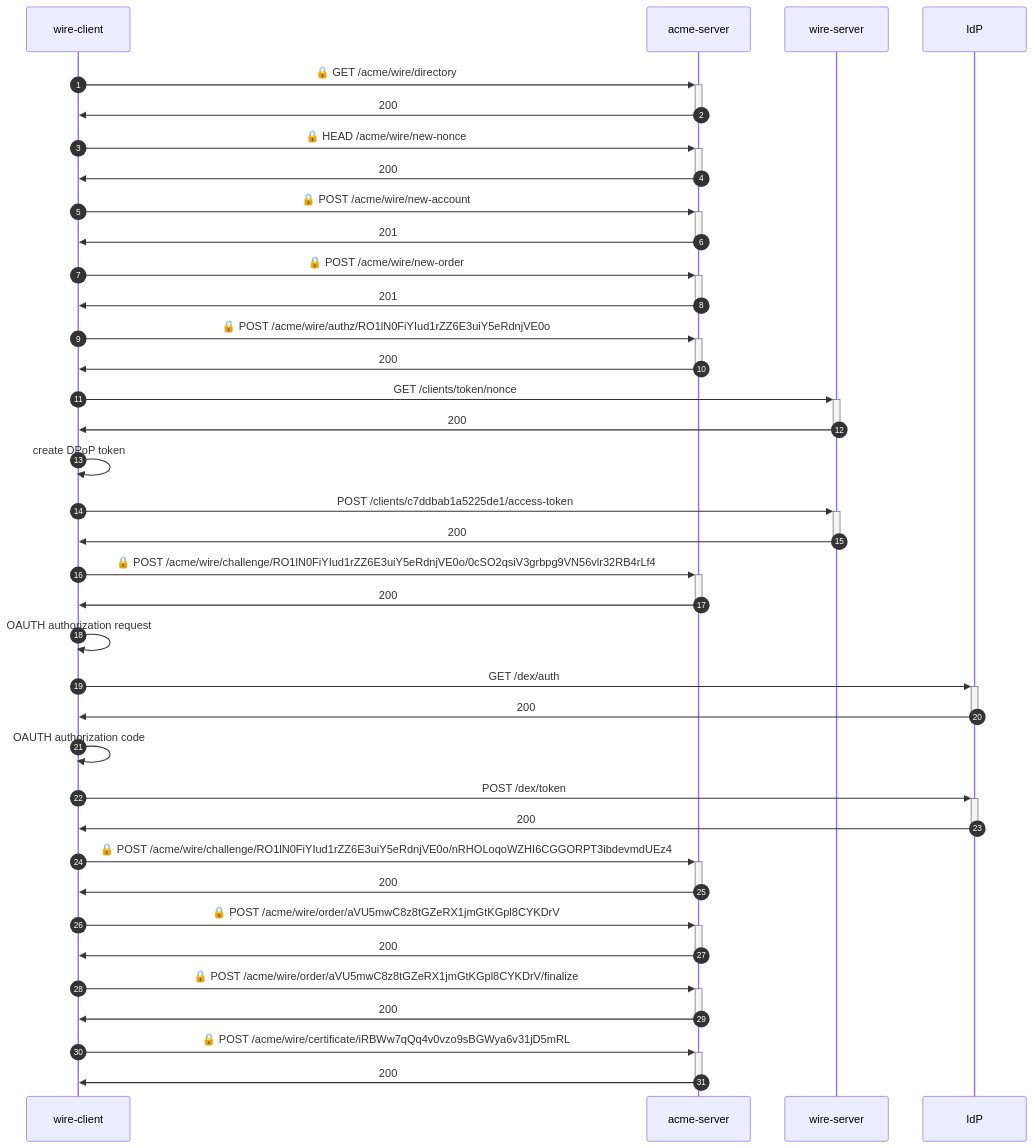
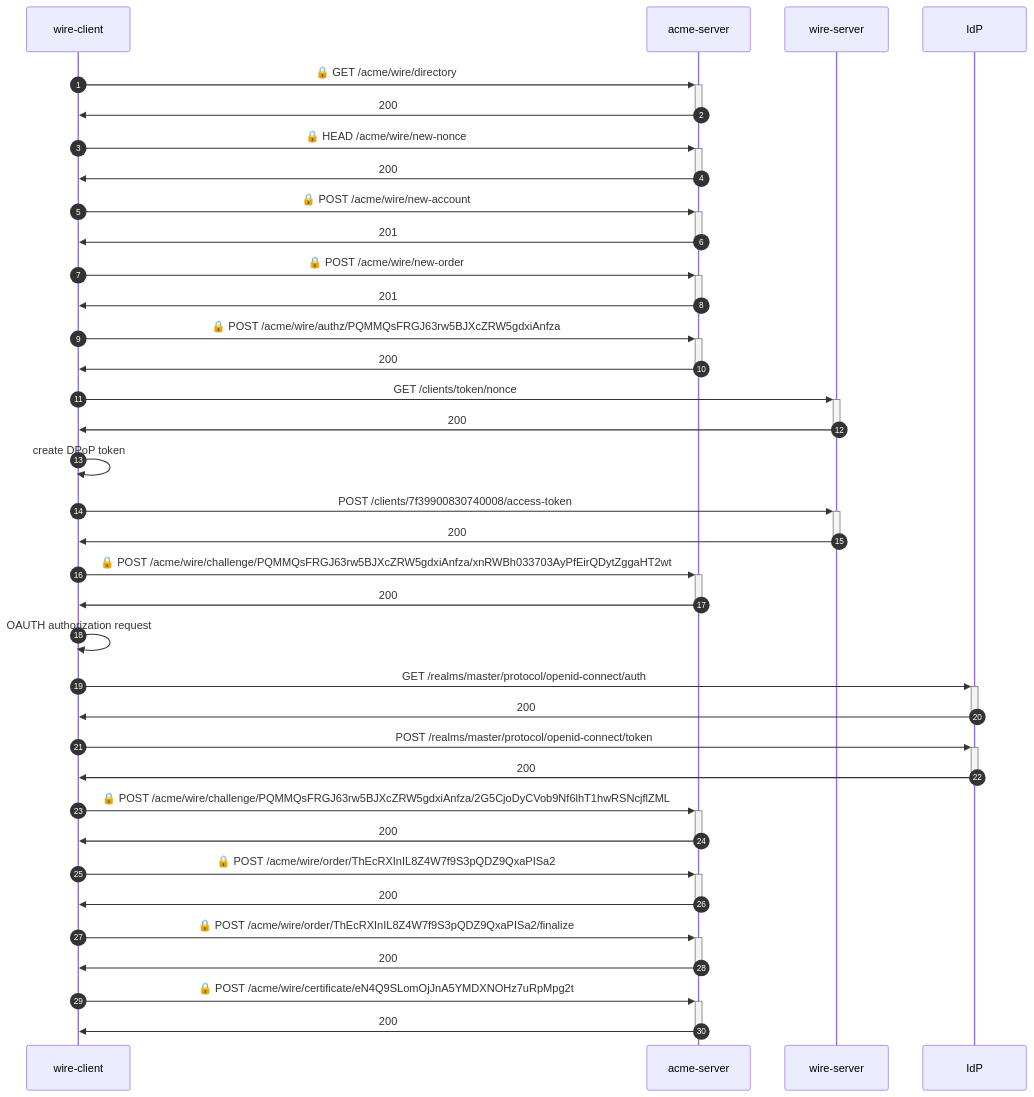
The diagram in e2e-identity/README.md (wireapp/rusty-jwt-tools), drawn with Mermaid before and after one commit. The commit also changed other lines of this file and 14 other files, not shown here.

Commit message:
fix: seal keyauth in OIDC id token by using Keycloak. Also test the whole flow with Keycloak

````diff
--- a/e2e-identity/README.md
+++ b/e2e-identity/README.md
@@ -3,35 +3,34 @@
 ```mermaid
 sequenceDiagram
     autonumber
     wire-client->>+acme-server: 🔒 GET /acme/wire/directory
     acme-server->>-wire-client: 200
     wire-client->>+acme-server: 🔒 HEAD /acme/wire/new-nonce
     acme-server->>-wire-client: 200
     wire-client->>+acme-server: 🔒 POST /acme/wire/new-account
     acme-server->>-wire-client: 201
     wire-client->>+acme-server: 🔒 POST /acme/wire/new-order
     acme-server->>-wire-client: 201
-    wire-client->>+acme-server: 🔒 POST /acme/wire/authz/RO1lN0FiYIud1rZZ6E3uiY5eRdnjVE0o
+    wire-client->>+acme-server: 🔒 POST /acme/wire/authz/PQMMQsFRGJ63rw5BJXcZRW5gdxiAnfza
     acme-server->>-wire-client: 200
     wire-client->>+wire-server:  GET /clients/token/nonce
     wire-server->>-wire-client: 200
     wire-client->>wire-client: create DPoP token
-    wire-client->>+wire-server:  POST /clients/c7ddbab1a5225de1/access-token
+    wire-client->>+wire-server:  POST /clients/7f39900830740008/access-token
     wire-server->>-wire-client: 200
-    wire-client->>+acme-server: 🔒 POST /acme/wire/challenge/RO1lN0FiYIud1rZZ6E3uiY5eRdnjVE0o/0cSO2qsiV3grbpg9VN56vlr32RB4rLf4
+    wire-client->>+acme-server: 🔒 POST /acme/wire/challenge/PQMMQsFRGJ63rw5BJXcZRW5gdxiAnfza/xnRWBh033703AyPfEirQDytZggaHT2wt
     acme-server->>-wire-client: 200
     wire-client->>wire-client: OAUTH authorization request
-    wire-client->>+IdP:  GET /dex/auth
+    wire-client->>+IdP:  GET /realms/master/protocol/openid-connect/auth
     IdP->>-wire-client: 200
-    wire-client->>wire-client: OAUTH authorization code
-    wire-client->>+IdP:  POST /dex/token
+    wire-client->>+IdP:  POST /realms/master/protocol/openid-connect/token
     IdP->>-wire-client: 200
-    wire-client->>+acme-server: 🔒 POST /acme/wire/challenge/RO1lN0FiYIud1rZZ6E3uiY5eRdnjVE0o/nRHOLoqoWZHI6CGGORPT3ibdevmdUEz4
+    wire-client->>+acme-server: 🔒 POST /acme/wire/challenge/PQMMQsFRGJ63rw5BJXcZRW5gdxiAnfza/2G5CjoDyCVob9Nf6lhT1hwRSNcjflZML
     acme-server->>-wire-client: 200
-    wire-client->>+acme-server: 🔒 POST /acme/wire/order/aVU5mwC8z8tGZeRX1jmGtKGpl8CYKDrV
+    wire-client->>+acme-server: 🔒 POST /acme/wire/order/ThEcRXInIL8Z4W7f9S3pQDZ9QxaPISa2
     acme-server->>-wire-client: 200
-    wire-client->>+acme-server: 🔒 POST /acme/wire/order/aVU5mwC8z8tGZeRX1jmGtKGpl8CYKDrV/finalize
+    wire-client->>+acme-server: 🔒 POST /acme/wire/order/ThEcRXInIL8Z4W7f9S3pQDZ9QxaPISa2/finalize
     acme-server->>-wire-client: 200
-    wire-client->>+acme-server: 🔒 POST /acme/wire/certificate/iRBWw7qQq4v0vzo9sBGWya6v31jD5mRL
+    wire-client->>+acme-server: 🔒 POST /acme/wire/certificate/eN4Q9SLomOjJnA5YMDXNOHz7uRpMpg2t
     acme-server->>-wire-client: 200
 ```
````
